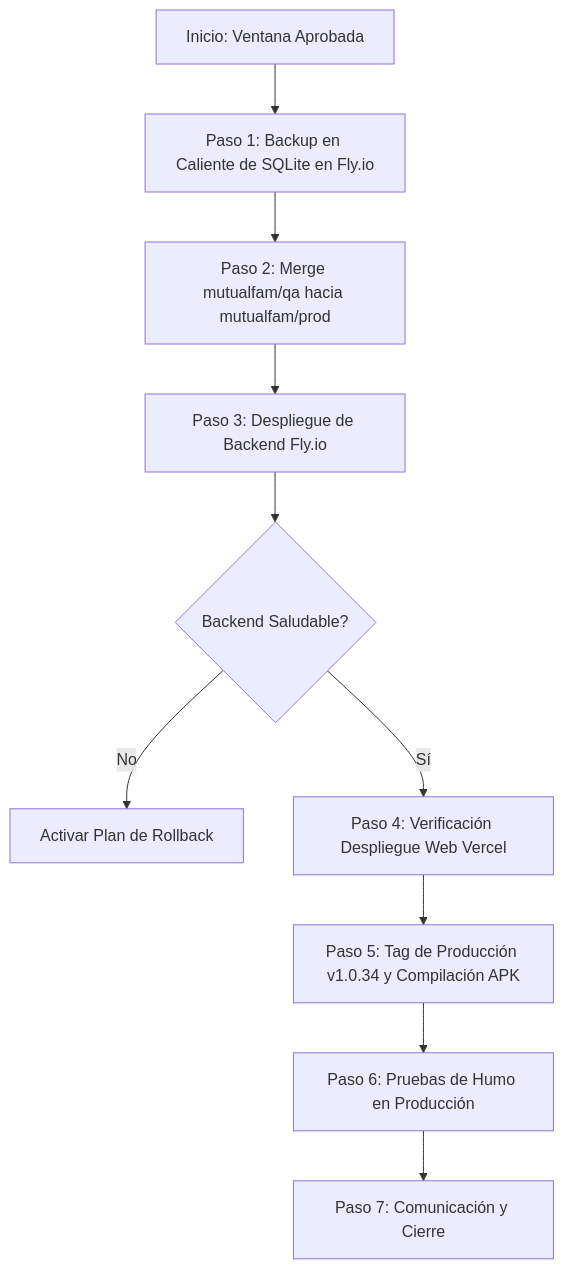
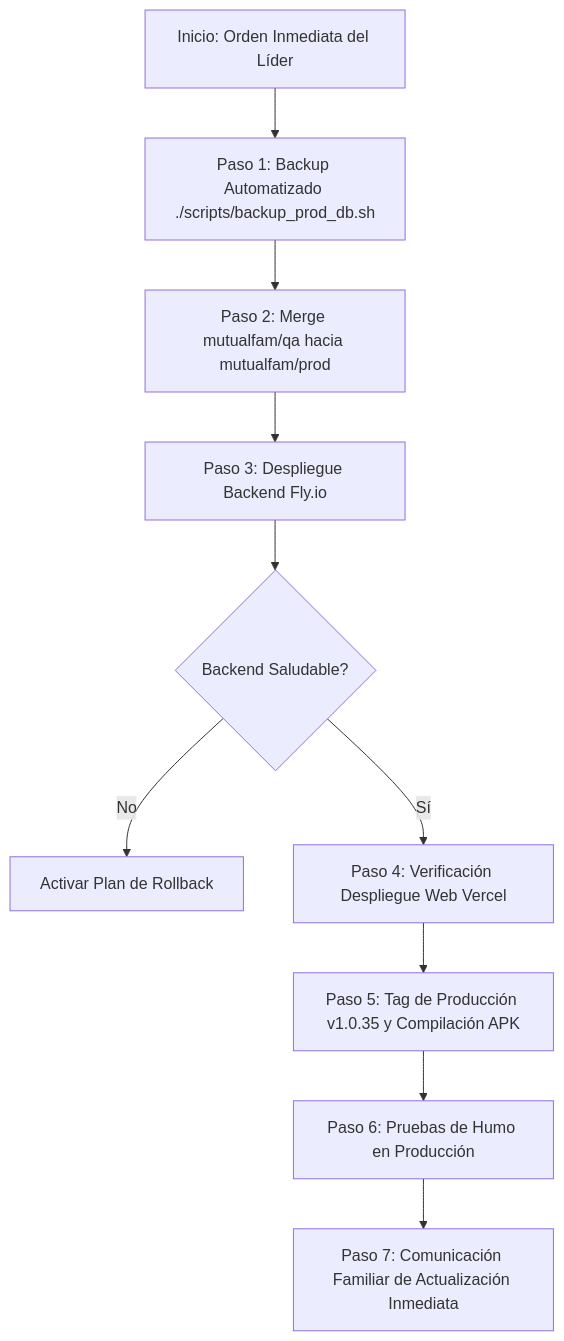
One commit to jorgerojasve/mutualfam changed the diagram in desarrollo/qa/plan_control_cambios_produccion.md. Above: the diagram before and after it, drawn with Mermaid. The commit also changed other lines of this file and 1 other file, not shown here.

Commit message:
docs(qa): incorporar decisiones al plan de control de cambios y crear script de backup automatizado para fly.io

````diff
--- a/desarrollo/qa/plan_control_cambios_produccion.md
+++ b/desarrollo/qa/plan_control_cambios_produccion.md
@@ -67,12 +68,12 @@
 ```mermaid
 flowchart TD
-    A[Inicio: Ventana Aprobada] --> B[Paso 1: Backup en Caliente de SQLite en Fly.io]
+    A[Inicio: Orden Inmediata del Líder] --> B[Paso 1: Backup Automatizado ./scripts/backup_prod_db.sh]
     B --> C[Paso 2: Merge mutualfam/qa hacia mutualfam/prod]
-    C --> D[Paso 3: Despliegue de Backend Fly.io]
+    C --> D[Paso 3: Despliegue Backend Fly.io]
     D --> E{Backend Saludable?}
     E -- No --> R[Activar Plan de Rollback]
     E -- Sí --> F[Paso 4: Verificación Despliegue Web Vercel]
-    F --> G[Paso 5: Tag de Producción v1.0.34 y Compilación APK]
+    F --> G[Paso 5: Tag de Producción v1.0.35 y Compilación APK]
     G --> H[Paso 6: Pruebas de Humo en Producción]
-    H --> I[Paso 7: Comunicación y Cierre]
+    H --> I[Paso 7: Comunicación Familiar de Actualización Inmediata]
 ```
````
